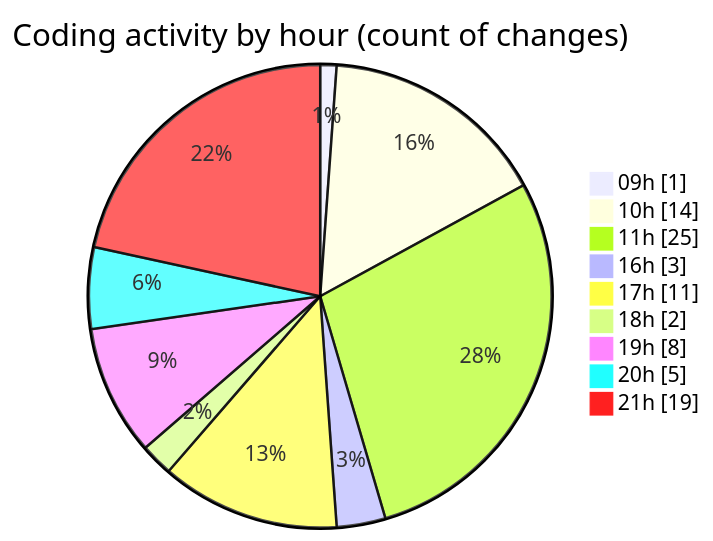
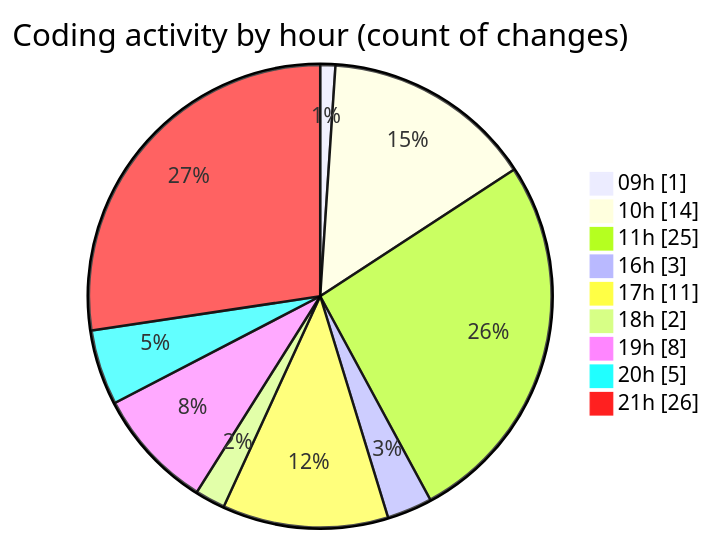
Before and after one commit to Elitesun/code-tracking: the second of 2 diagrams in 2025-05-07/niten/README.md, drawn with Mermaid. The commit also changed other lines of this file and 1 other file, not shown here.

````diff
--- a/2025-05-07/niten/README.md
+++ b/2025-05-07/niten/README.md
@@ -59,13 +62,13 @@
 ```mermaid
 pie showData
 title Coding activity by hour (count of changes)
 "09h" : 1
 "10h" : 14
 "11h" : 25
 "16h" : 3
 "17h" : 11
 "18h" : 2
 "19h" : 8
 "20h" : 5
-"21h" : 19
+"21h" : 26
 ```
````
